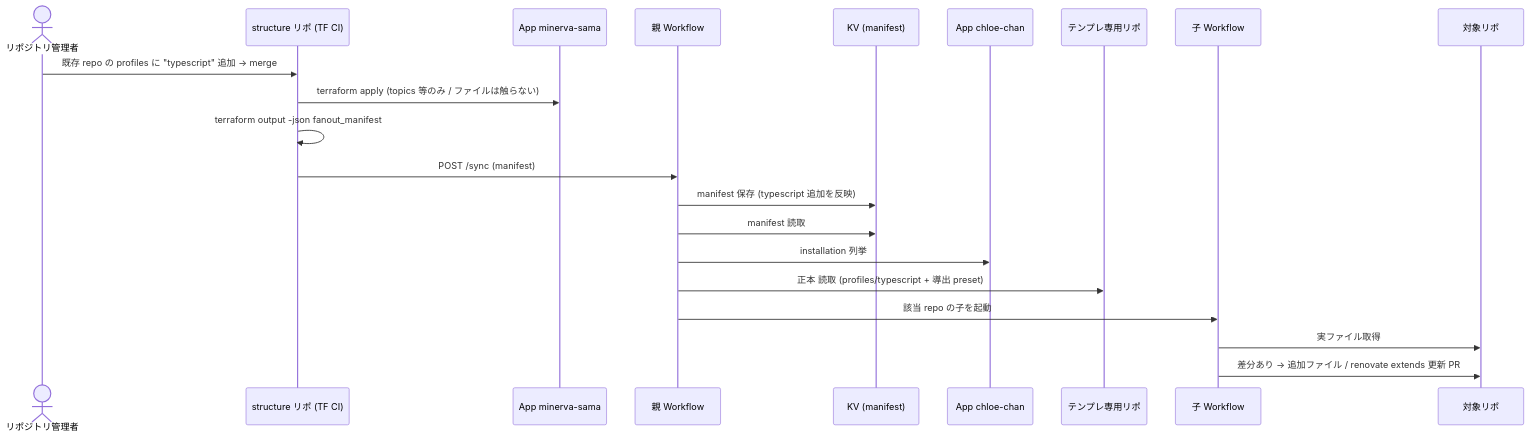
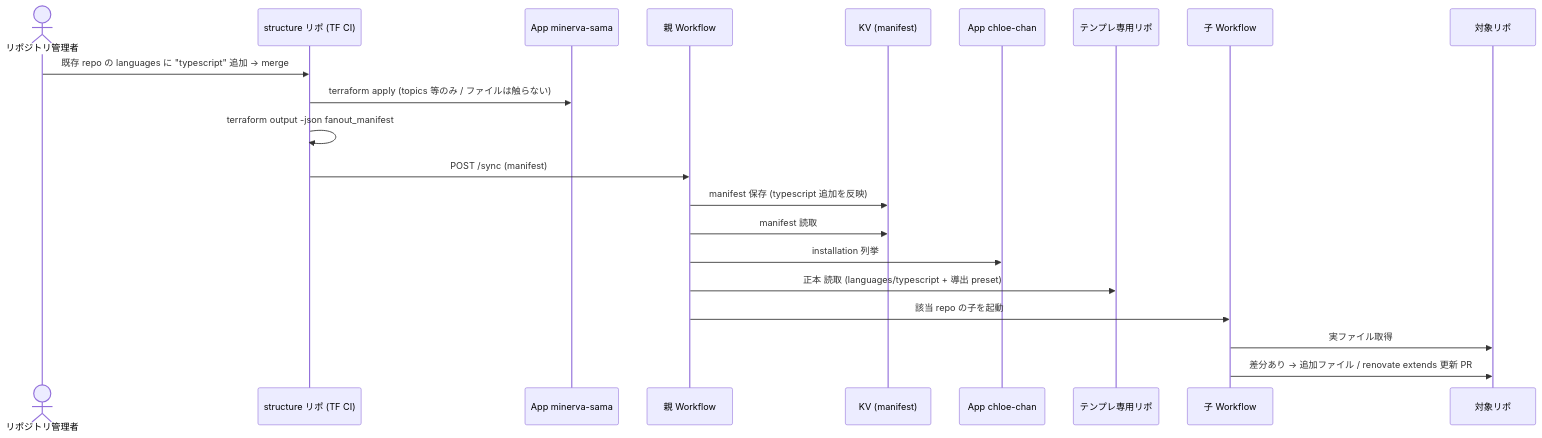
One commit to bright-room/repository-fanout changed the fifth of 6 diagrams in docs/superpowers/specs/2026-06-26-repository-fanout-design.md. Above: the diagram before and after it, drawn with Mermaid. The commit also changed other lines of this file and 16 other files, not shown here.

First line of the commit message:
docs: switch declaration axis from profiles to languages (single axis)

````diff
--- a/docs/superpowers/specs/2026-06-26-repository-fanout-design.md
+++ b/docs/superpowers/specs/2026-06-26-repository-fanout-design.md
@@ -521,24 +524,24 @@
 ```mermaid
 sequenceDiagram
   actor M as リポジトリ管理者
   participant SR as structure リポ (TF CI)
   participant MIN as App minerva-sama
   participant P as 親 Workflow
   participant KV as KV (manifest)
   participant CHL as App chloe-chan
   participant TR as テンプレ専用リポ
   participant C as 子 Workflow
   participant Repo as 対象リポ
 
-  M->>SR: 既存 repo の profiles に "typescript" 追加 → merge
+  M->>SR: 既存 repo の languages に "typescript" 追加 → merge
   SR->>MIN: terraform apply (topics 等のみ / ファイルは触らない)
   SR->>SR: terraform output -json fanout_manifest
   SR->>P: POST /sync (manifest)
   P->>KV: manifest 保存 (typescript 追加を反映)
   P->>KV: manifest 読取
   P->>CHL: installation 列挙
-  P->>TR: 正本 読取 (profiles/typescript + 導出 preset)
+  P->>TR: 正本 読取 (languages/typescript + 導出 preset)
   P->>C: 該当 repo の子を起動
   C->>Repo: 実ファイル取得
   C->>Repo: 差分あり → 追加ファイル / renovate extends 更新 PR
 ```
````
